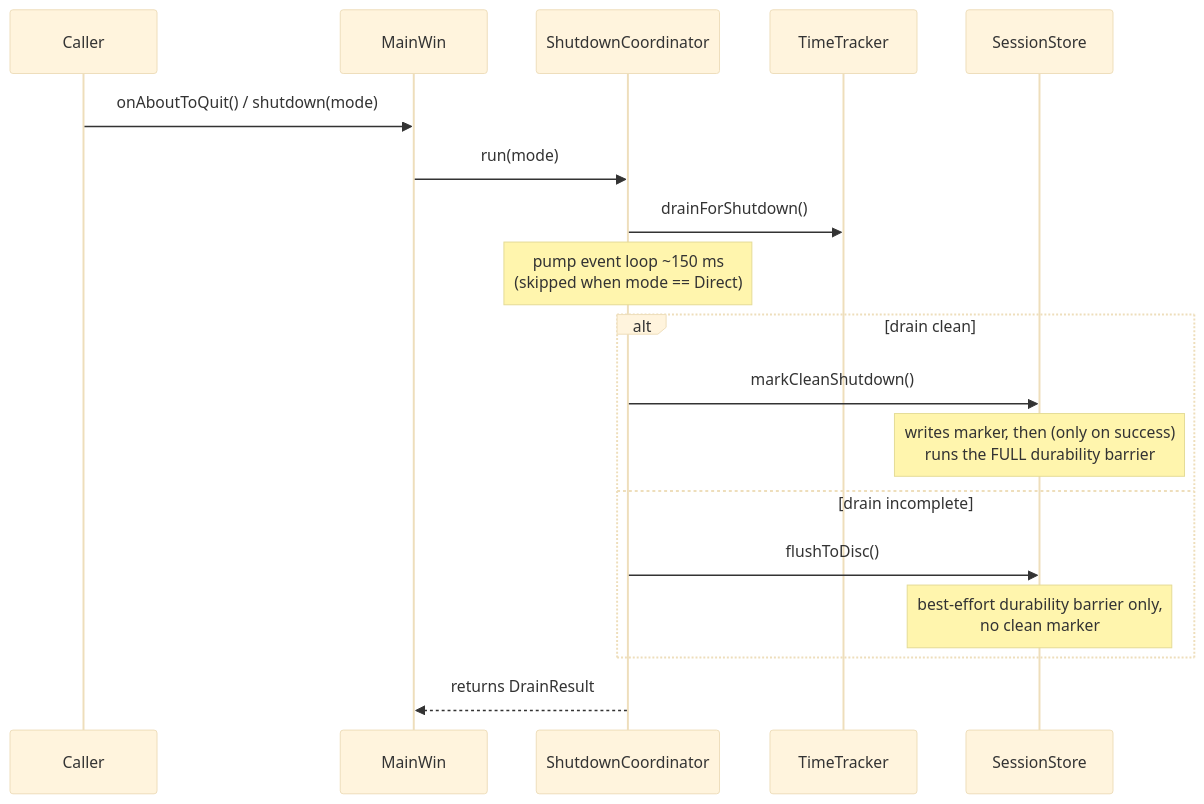
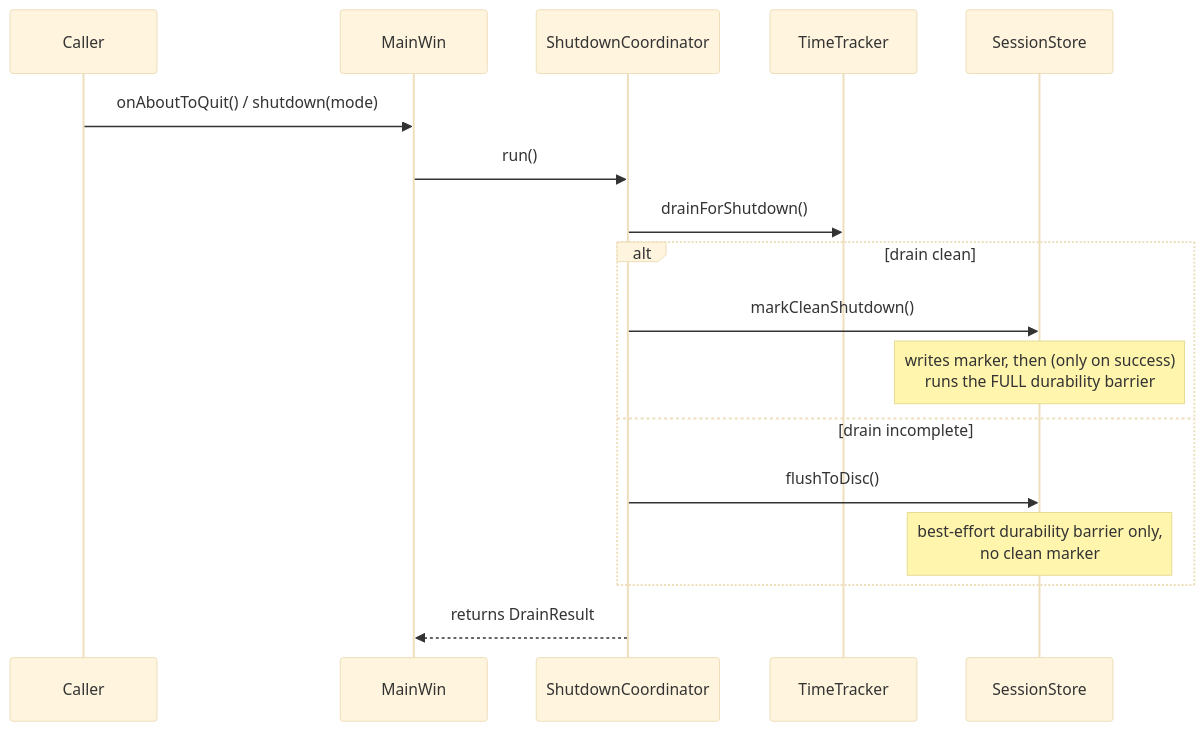
The second of 2 diagrams in doc/runtime-behaviour.md (marifoo/PausePilot), drawn with Mermaid (base theme) before and after one commit. The commit also changed other lines of this file and 9 other files, not shown here.

First line of the commit message:
Simplification C9a: remove the shutdown event pump

````diff
--- a/doc/runtime-behaviour.md
+++ b/doc/runtime-behaviour.md
@@ -192,21 +192,20 @@
 ```mermaid
 sequenceDiagram
     participant Caller
     participant MW as MainWin
     participant SC as ShutdownCoordinator
     participant T as TimeTracker
     participant S as SessionStore
 
     Caller->>MW: onAboutToQuit() / shutdown(mode)
-    MW->>SC: run(mode)
+    MW->>SC: run()
     SC->>T: drainForShutdown()
-    Note over SC: pump event loop ~150 ms<br/>(skipped when mode == Direct)
     alt drain clean
         SC->>S: markCleanShutdown()
         Note over S: writes marker, then (only on success)<br/>runs the FULL durability barrier
     else drain incomplete
         SC->>S: flushToDisc()
         Note over S: best-effort durability barrier only,<br/>no clean marker
     end
     SC-->>MW: returns DrainResult
 ```
````
